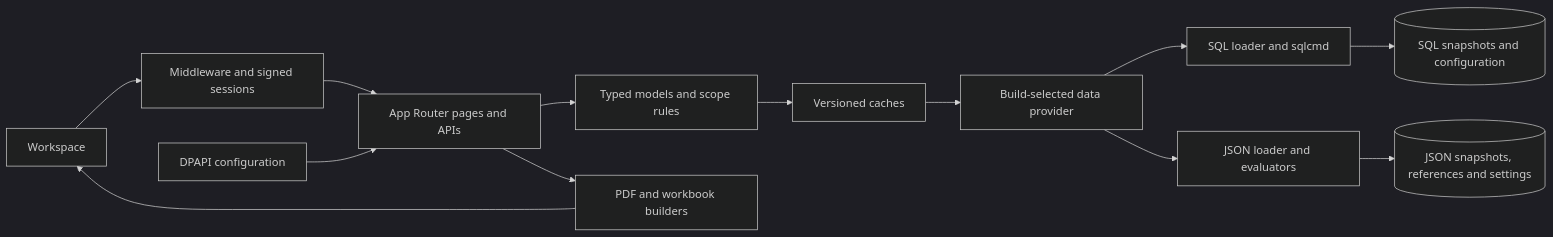
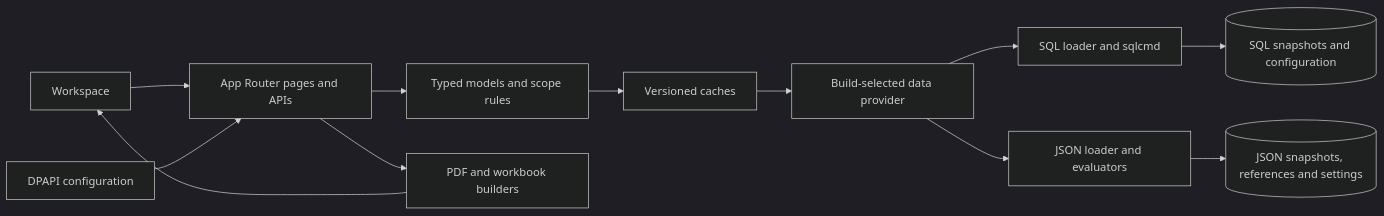
The diagram in docs/architecture.md (TSAATMothership/tsaat_3.0_demo), drawn with Mermaid (dark theme) before and after one commit. The commit also changed other lines of this file and 103 other files, not shown here.

````diff
--- a/docs/architecture.md
+++ b/docs/architecture.md
@@ -9,15 +9,14 @@
 ```mermaid
 flowchart LR
-  Browser[Workspace] --> Gate[Middleware and signed sessions]
-  Gate --> Routes[App Router pages and APIs]
+  Browser[Workspace] --> Routes[App Router pages and APIs]
   Routes --> Models[Typed models and scope rules]
   Models --> Cache[Versioned caches]
   Cache --> Loader[Build-selected data provider]
   Loader --> SQLCMD[SQL loader and sqlcmd]
   SQLCMD --> DB[(SQL snapshots and configuration)]
   Loader --> JSON[JSON loader and evaluators]
   JSON --> Files[(JSON snapshots, references and settings)]
   Routes --> Reports[PDF and workbook builders]
   Reports --> Browser
   Local[DPAPI configuration] --> Routes
 ```
````
